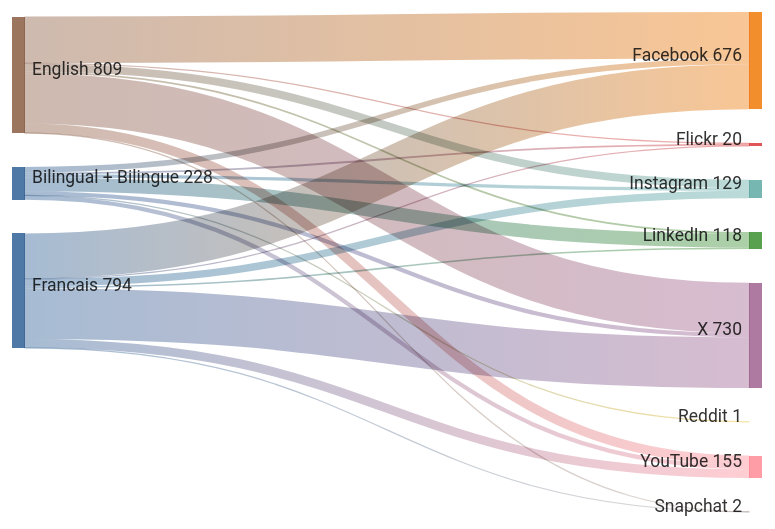
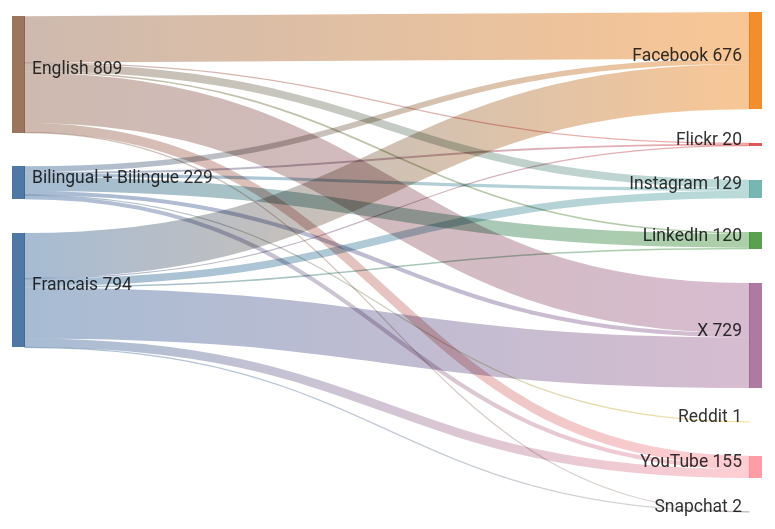
Before and after one commit to PatLittle/GC-Socials: the diagram in sankey_diagram.md, drawn with Mermaid.

Commit message:
Update Sankey diagram for the most recent day

````diff
--- a/sankey_diagram.md
+++ b/sankey_diagram.md
@@ -1,24 +1,24 @@
 ```mermaid
 sankey-beta
   Bilingual + Bilingue,Facebook,39
   Bilingual + Bilingue,Flickr,13
   Bilingual + Bilingue,Instagram,22
-  Bilingual + Bilingue,LinkedIn,95
+  Bilingual + Bilingue,LinkedIn,97
   Bilingual + Bilingue,Reddit,1
-  Bilingual + Bilingue,X,29
+  Bilingual + Bilingue,X,28
   Bilingual + Bilingue,YouTube,29
   English,Facebook,323
   English,Flickr,4
   English,Instagram,55
   English,LinkedIn,12
   English,Snapchat,1
   English,X,349
   English,YouTube,65
   Francais,Facebook,314
   Francais,Flickr,3
   Francais,Instagram,52
   Francais,LinkedIn,11
   Francais,Snapchat,1
   Francais,X,352
   Francais,YouTube,61
 ```
````
